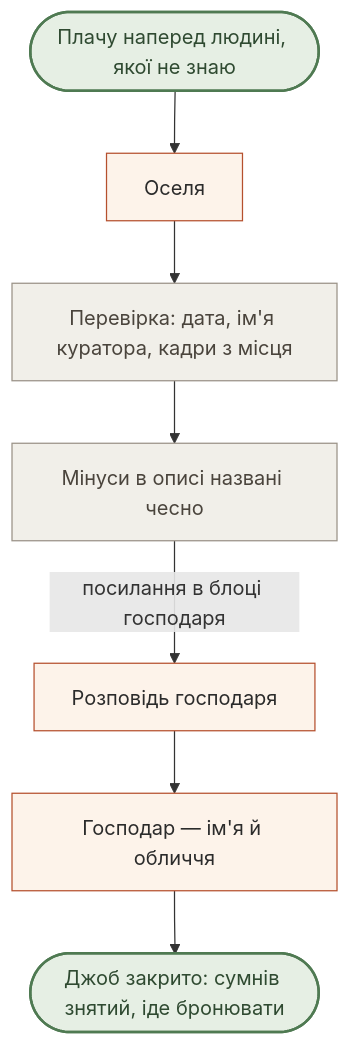
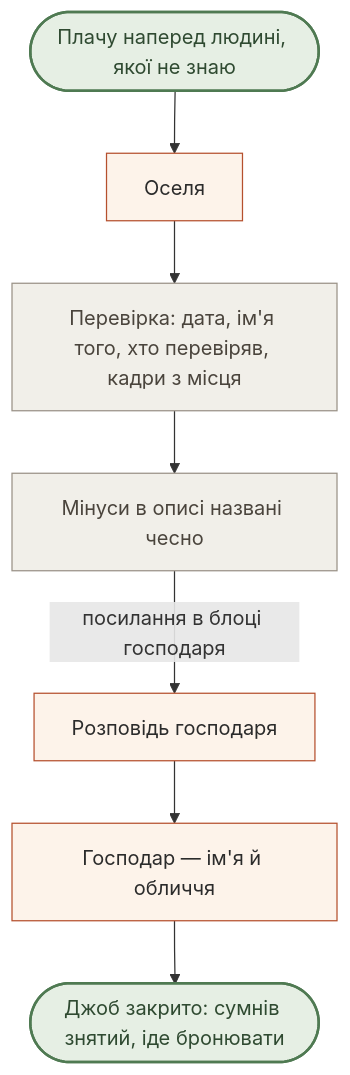
The third of 10 diagrams in ia/flows.md (sofiya5395870-sys/khata-v-seli), drawn with Mermaid before and after one commit. The commit also changed other lines of this file and 8 other files, not shown here.

````diff
--- a/ia/flows.md
+++ b/ia/flows.md
@@ -142,16 +142,16 @@
 ```mermaid
 flowchart TD
     Start(["Плачу наперед людині, якої не знаю"]) --> House["Оселя"]
-    House --> Proof["Перевірка: дата, ім'я куратора, кадри з місця"]
+    House --> Proof["Перевірка: дата, ім'я того, хто перевіряв, кадри з місця"]
     Proof --> Flaws["Мінуси в описі названі чесно"]
     Flaws -->|посилання в блоці господаря| Talk["Розповідь господаря"]
     Talk --> Owner["Господар — ім'я й обличчя"]
     Owner --> Win(["Джоб закрито: сумнів знятий, іде бронювати"])
 
     classDef screen fill:#fdf3ea,stroke:#b5502e,color:#2b2b2b
     classDef state fill:#f1efe9,stroke:#9a9287,color:#4a443c
     classDef win fill:#e6efe4,stroke:#4f7a52,stroke-width:2px,color:#2f4a31
     class House,Owner,Talk screen
     class Proof,Flaws state
     class Start,Win win
 ```
````
